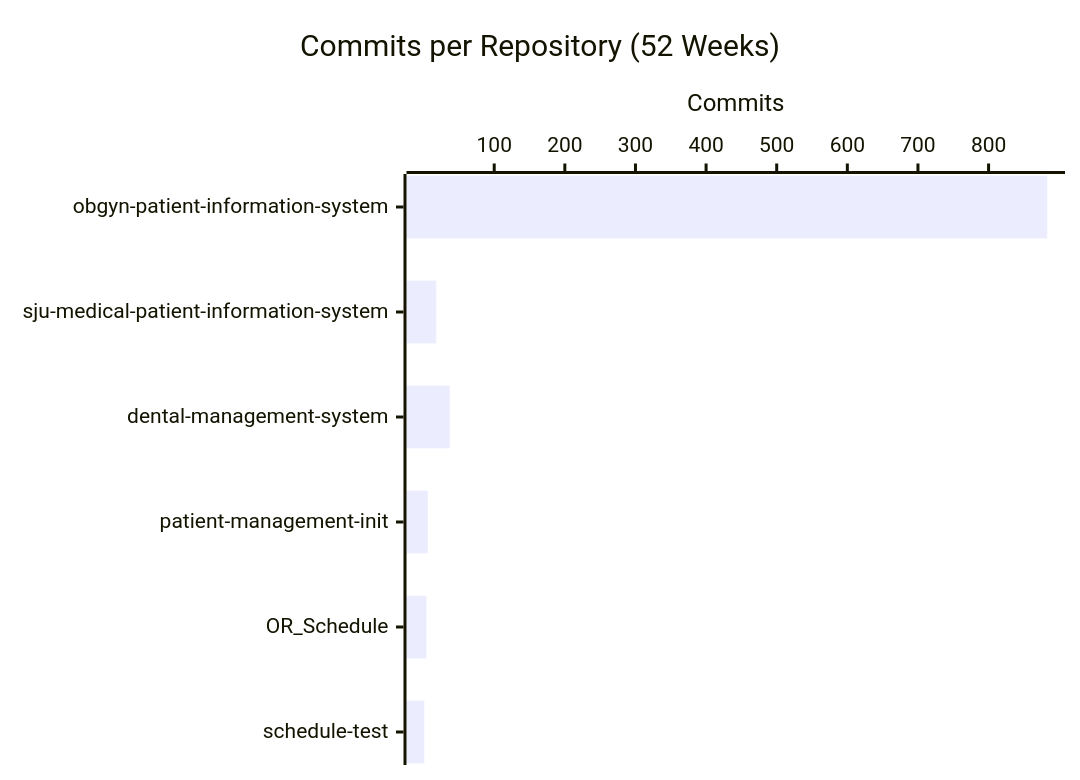
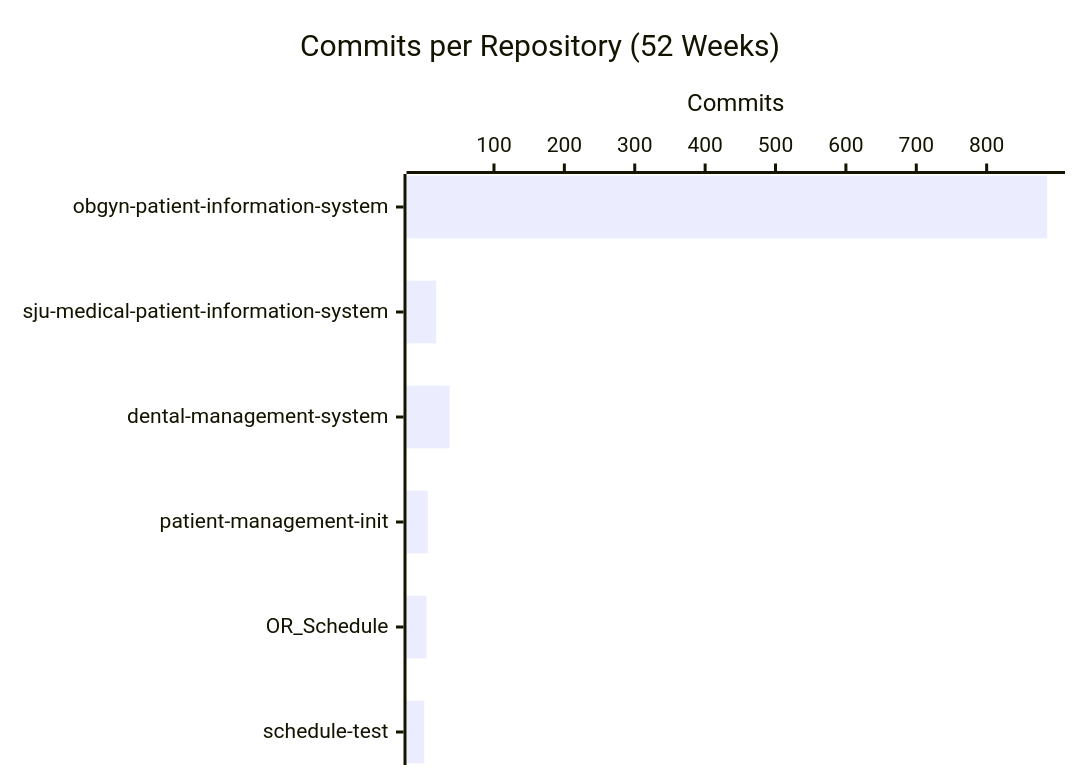
The second of 4 diagrams in profile/README.md (CSTH-Projects/.github), drawn with Mermaid before and after one commit. The commit also changed other lines of this file, not shown here.

````diff
--- a/profile/README.md
+++ b/profile/README.md
@@ -24,7 +24,7 @@
 ```mermaid
 xychart-beta horizontal
     title "Commits per Repository (52 Weeks)"
     x-axis ["obgyn-patient-information-system", "sju-medical-patient-information-system", "dental-management-system", "patient-management-init", "OR_Schedule", "schedule-test"]
     y-axis "Commits"
-    bar [883, 18, 37, 6, 4, 1]
+    bar [886, 18, 37, 6, 4, 1]
 ```
````
